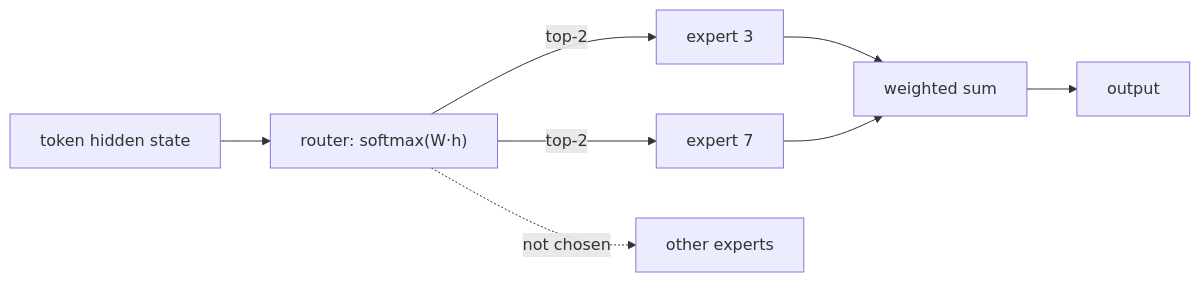
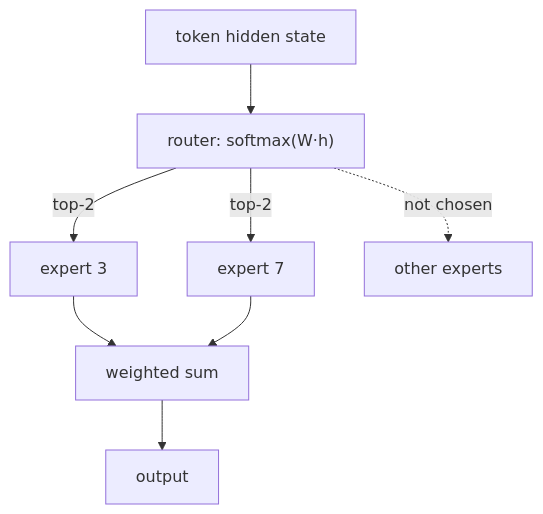
The diagram in docs/llms/efficient-attention.md (rajan-021/AI-ML), drawn with Mermaid before and after one commit. The commit also changed 20 other files, not shown here.

First line of the commit message:
Make diagrams readable at the content width

````diff
--- a/docs/llms/efficient-attention.md
+++ b/docs/llms/efficient-attention.md
@@ -114,10 +114,10 @@
 ```mermaid
-flowchart LR
+flowchart TB
     T["token hidden state"] --> R["router: softmax(W·h)"]
     R -->|"top-2"| E1["expert 3"]
     R -->|"top-2"| E2["expert 7"]
     R -.->|"not chosen"| E3["other experts"]
     E1 --> M["weighted sum"]
     E2 --> M
     M --> O["output"]
 ```
````
